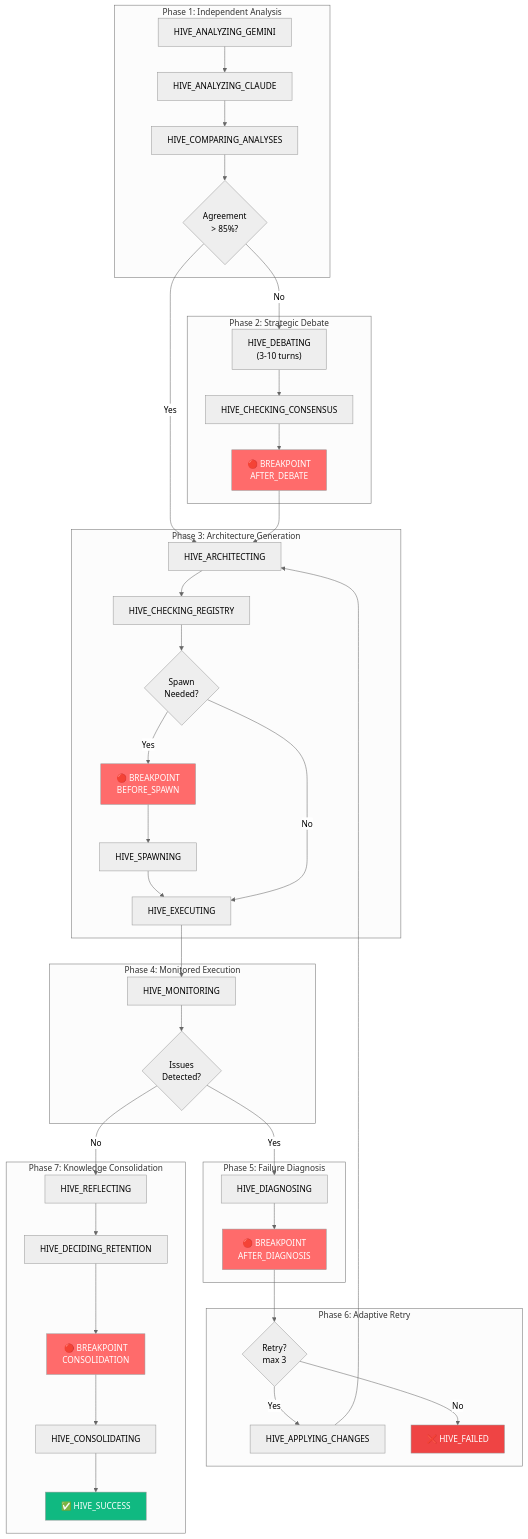
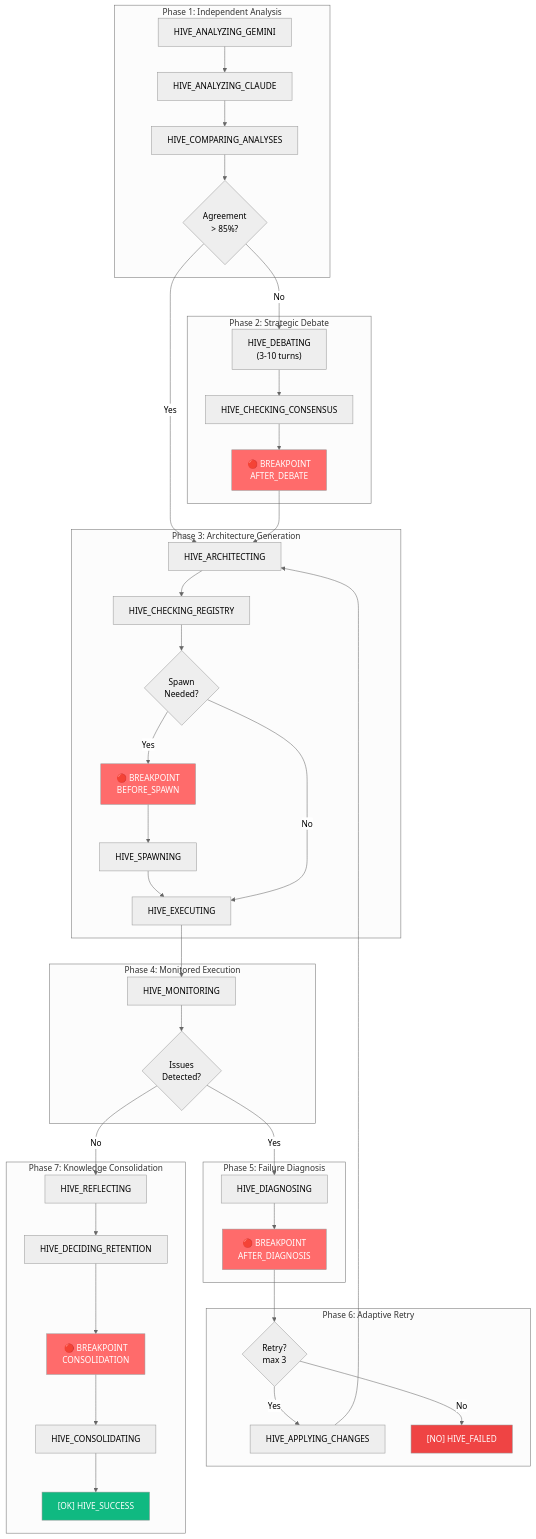
Before and after one commit to yannabadie/NEXUS: the fifth of 9 diagrams in docs/ARCHITECTURE_MAP.md, drawn with Mermaid (neutral theme). The commit also changed other lines of this file and 284 other files, not shown here.

````diff
--- a/docs/ARCHITECTURE_MAP.md
+++ b/docs/ARCHITECTURE_MAP.md
@@ -315,57 +315,57 @@
 ```mermaid
 graph TD
     subgraph Phase1["Phase 1: Independent Analysis"]
         P1A[HIVE_ANALYZING_GEMINI] --> P1B[HIVE_ANALYZING_CLAUDE]
         P1B --> P1C[HIVE_COMPARING_ANALYSES]
         P1C --> P1D{Agreement<br/>> 85%?}
     end
 
     subgraph Phase2["Phase 2: Strategic Debate"]
         P1D -->|No| P2A["HIVE_DEBATING<br/>(3-10 turns)"]
         P2A --> P2B[HIVE_CHECKING_CONSENSUS]
         P2B --> BP1["🔴 BREAKPOINT<br/>AFTER_DEBATE"]
     end
 
     subgraph Phase3["Phase 3: Architecture Generation"]
         P1D -->|Yes| P3A
         BP1 --> P3A[HIVE_ARCHITECTING]
         P3A --> P3B[HIVE_CHECKING_REGISTRY]
         P3B --> P3C{Spawn<br/>Needed?}
         P3C -->|Yes| BP2["🔴 BREAKPOINT<br/>BEFORE_SPAWN"]
         BP2 --> P3D[HIVE_SPAWNING]
         P3D --> P4A
         P3C -->|No| P4A
     end
 
     subgraph Phase4["Phase 4: Monitored Execution"]
         P4A[HIVE_EXECUTING] --> P4B[HIVE_MONITORING]
         P4B --> P4C{Issues<br/>Detected?}
     end
 
     subgraph Phase5["Phase 5: Failure Diagnosis"]
         P4C -->|Yes| P5A[HIVE_DIAGNOSING]
         P5A --> BP3["🔴 BREAKPOINT<br/>AFTER_DIAGNOSIS"]
     end
 
     subgraph Phase6["Phase 6: Adaptive Retry"]
         BP3 --> P6A{Retry?<br/>max 3}
         P6A -->|Yes| P6B[HIVE_APPLYING_CHANGES]
         P6B --> P3A
-        P6A -->|No| FAIL["❌ HIVE_FAILED"]
+        P6A -->|No| FAIL["[NO] HIVE_FAILED"]
     end
 
     subgraph Phase7["Phase 7: Knowledge Consolidation"]
         P4C -->|No| P7A[HIVE_REFLECTING]
         P7A --> P7B[HIVE_DECIDING_RETENTION]
         P7B --> BP4["🔴 BREAKPOINT<br/>CONSOLIDATION"]
         BP4 --> P7C[HIVE_CONSOLIDATING]
-        P7C --> SUCCESS["✅ HIVE_SUCCESS"]
+        P7C --> SUCCESS["[OK] HIVE_SUCCESS"]
     end
 
     style BP1 fill:#ff6b6b,color:#fff
     style BP2 fill:#ff6b6b,color:#fff
     style BP3 fill:#ff6b6b,color:#fff
     style BP4 fill:#ff6b6b,color:#fff
     style SUCCESS fill:#10b981,color:#fff
     style FAIL fill:#ef4444,color:#fff
 ```
````
